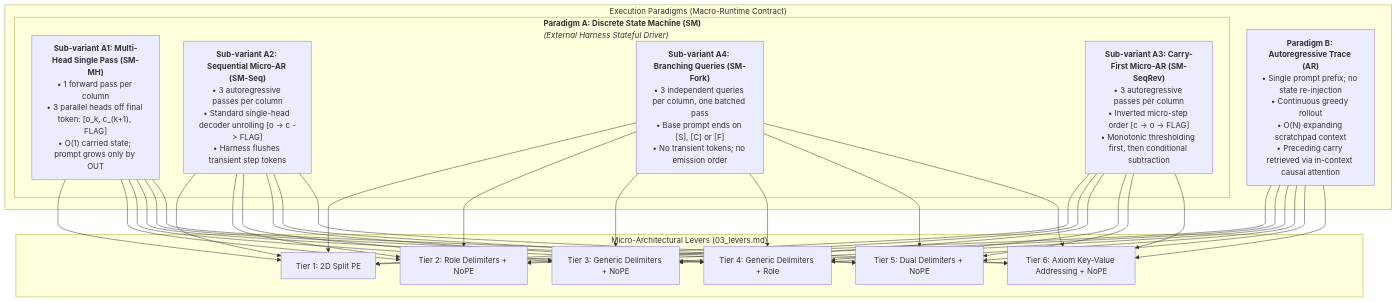
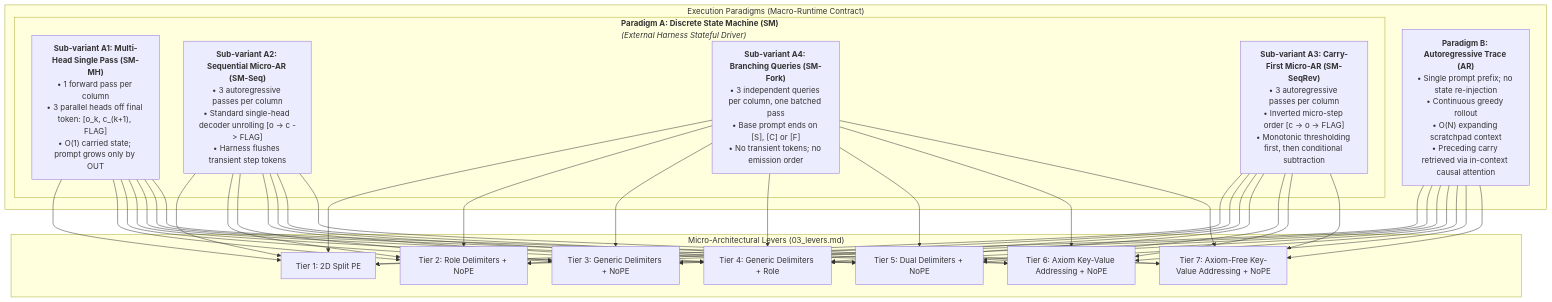
One commit to louiseightsix/yessir changed the diagram in spec/02_mechanics.md. Above: the diagram before and after it, drawn with Mermaid. The commit also changed other lines of this file and 14 other files, not shown here.

````diff
--- a/spec/02_mechanics.md
+++ b/spec/02_mechanics.md
@@ -15,27 +15,28 @@
 ```mermaid
 flowchart TD
     subgraph P["Execution Paradigms (Macro-Runtime Contract)"]
         subgraph SM["<b>Paradigm A: Discrete State Machine (SM)</b><br/><i>(External Harness Stateful Driver)</i>"]
             SM_MH["<b>Sub-variant A1: Multi-Head Single Pass (SM-MH)</b><br/>• 1 forward pass per column<br/>• 3 parallel heads off final token: [o_k, c_(k+1), FLAG]<br/>• O(1) carried state; prompt grows only by OUT"]
             SM_Seq["<b>Sub-variant A2: Sequential Micro-AR (SM-Seq)</b><br/>• 3 autoregressive passes per column<br/>• Standard single-head decoder unrolling [o -> c -> FLAG]<br/>• Harness flushes transient step tokens"]
             SM_Fork["<b>Sub-variant A4: Branching Queries (SM-Fork)</b><br/>• 3 independent queries per column, one batched pass<br/>• Base prompt ends on [S], [C] or [F]<br/>• No transient tokens; no emission order"]
             SM_SeqRev["<b>Sub-variant A3: Carry-First Micro-AR (SM-SeqRev)</b><br/>• 3 autoregressive passes per column<br/>• Inverted micro-step order [c -> o -> FLAG]<br/>• Monotonic thresholding first, then conditional subtraction"]
         end
         AR["<b>Paradigm B: Autoregressive Trace (AR)</b><br/>• Single prompt prefix; no state re-injection<br/>• Continuous greedy rollout<br/>• O(N) expanding scratchpad context<br/>• Preceding carry retrieved via in-context causal attention"]
     end
 
     subgraph L["Micro-Architectural Levers (03_levers.md)"]
         T1["Tier 1: 2D Split PE"]
         T2["Tier 2: Role Delimiters + NoPE"]
         T3["Tier 3: Generic Delimiters + NoPE"]
         T4["Tier 4: Generic Delimiters + Role"]
         T5["Tier 5: Dual Delimiters + NoPE"]
         T6["Tier 6: Axiom Key-Value Addressing + NoPE"]
+        T7["Tier 7: Axiom-Free Key-Value Addressing + NoPE"]
     end
 
-    SM_MH --> T1 & T2 & T3 & T4 & T5 & T6
-    SM_Seq --> T1 & T2 & T3 & T4 & T5 & T6
-    SM_SeqRev --> T1 & T2 & T3 & T4 & T5 & T6
-    SM_Fork --> T1 & T2 & T3 & T4 & T5 & T6
-    AR --> T1 & T2 & T3 & T4 & T5 & T6
+    SM_MH --> T1 & T2 & T3 & T4 & T5 & T6 & T7
+    SM_Seq --> T1 & T2 & T3 & T4 & T5 & T6 & T7
+    SM_SeqRev --> T1 & T2 & T3 & T4 & T5 & T6 & T7
+    SM_Fork --> T1 & T2 & T3 & T4 & T5 & T6 & T7
+    AR --> T1 & T2 & T3 & T4 & T5 & T6 & T7
 ```
````
